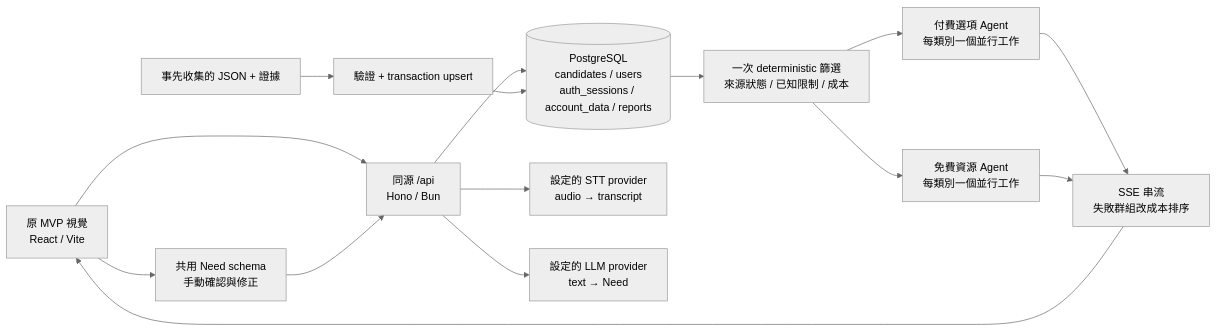
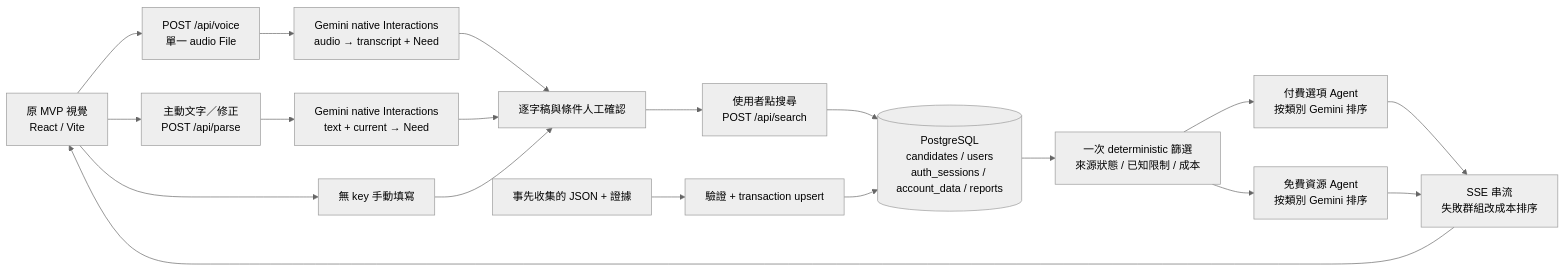
Before and after one commit to TingGeorge/AIL: the diagram in docs/INTEGRATION.md, drawn with Mermaid (neutral theme). The commit also changed other lines of this file and 27 other files, not shown here.

First line of the commit message:
feat: replace STT pipeline with native Gemini audio parsing

````diff
--- a/docs/INTEGRATION.md
+++ b/docs/INTEGRATION.md
@@ -19,17 +19,21 @@
 ```mermaid
 flowchart LR
-  UI[原 MVP 視覺<br/>React / Vite] --> API[同源 /api<br/>Hono / Bun]
-  UI --> NEED[共用 Need schema<br/>手動確認與修正]
-  NEED --> API
-  API --> DB[(PostgreSQL<br/>candidates / users<br/>auth_sessions / account_data / reports)]
-  API --> STT[設定的 STT provider<br/>audio → transcript]
-  API --> PARSE[設定的 LLM provider<br/>text → Need]
+  UI[原 MVP 視覺<br/>React / Vite] --> VOICE[POST /api/voice<br/>單一 audio File]
+  VOICE --> GEMINI[Gemini native Interactions<br/>audio → transcript + Need]
+  GEMINI --> REVIEW[逐字稿與條件人工確認]
+  UI --> TEXT[主動文字／修正<br/>POST /api/parse]
+  TEXT --> PARSE[Gemini native Interactions<br/>text + current → Need]
+  PARSE --> REVIEW
+  UI --> MANUAL[無 key 手動填寫]
+  MANUAL --> REVIEW
+  REVIEW --> SEARCH[使用者點搜尋<br/>POST /api/search]
+  SEARCH --> DB[(PostgreSQL<br/>candidates / users<br/>auth_sessions / account_data / reports)]
   DB --> FILTER[一次 deterministic 篩選<br/>來源狀態 / 已知限制 / 成本]
-  FILTER --> PAID[付費選項 Agent<br/>每類別一個並行工作]
-  FILTER --> FREE[免費資源 Agent<br/>每類別一個並行工作]
+  FILTER --> PAID[付費選項 Agent<br/>按類別 Gemini 排序]
+  FILTER --> FREE[免費資源 Agent<br/>按類別 Gemini 排序]
   PAID --> SSE[SSE 串流<br/>失敗群組改成本排序]
   FREE --> SSE
   SSE --> UI
   FILES[事先收集的 JSON + 證據] --> IMPORT[驗證 + transaction upsert]
   IMPORT --> DB
 ```
````
